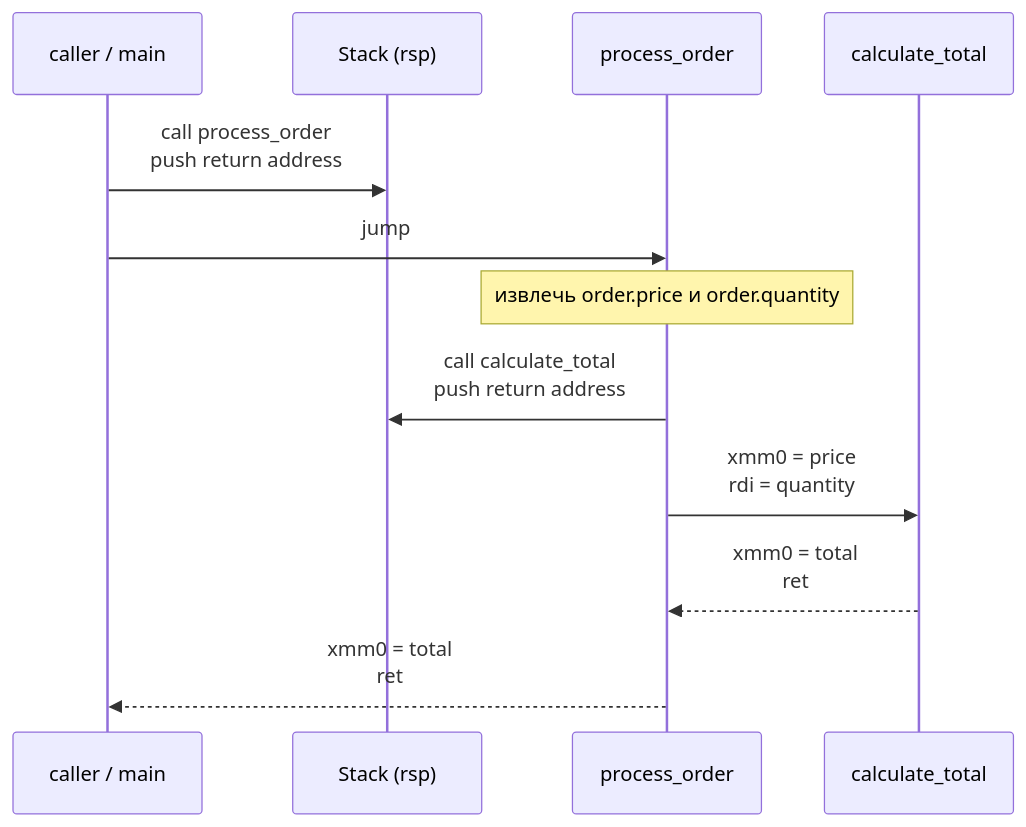
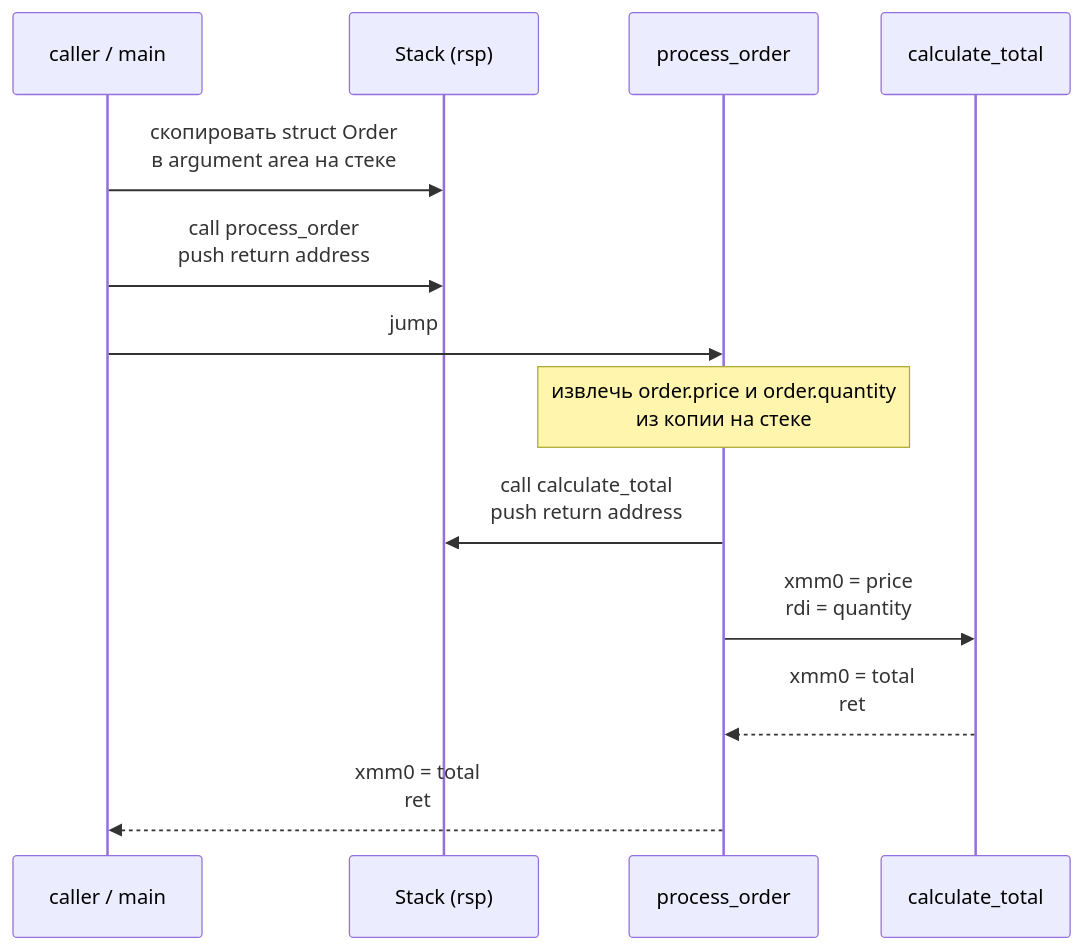
One commit to AlexeyMatskevich/cs-notes changed the diagram in computer/programmer-model/01-abi-and-data-layout.md. Above: the diagram before and after it, drawn with Mermaid. The commit also changed other lines of this file, not shown here.

````diff
--- a/computer/programmer-model/01-abi-and-data-layout.md
+++ b/computer/programmer-model/01-abi-and-data-layout.md
@@ -54,15 +57,16 @@
 ```mermaid
 sequenceDiagram
     participant CALLER as caller / main
     participant STACK as Stack (rsp)
     participant PO as process_order
     participant CT as calculate_total
 
+    CALLER->>STACK: скопировать struct Order<br/>в argument area на стеке
     CALLER->>STACK: call process_order<br/>push return address
     CALLER->>PO: jump
-    Note over PO: извлечь order.price и order.quantity
+    Note over PO: извлечь order.price и order.quantity<br/>из копии на стеке
     PO->>STACK: call calculate_total<br/>push return address
     PO->>CT: xmm0 = price<br/>rdi = quantity
     CT-->>PO: xmm0 = total<br/>ret
     PO-->>CALLER: xmm0 = total<br/>ret
 ```
````
